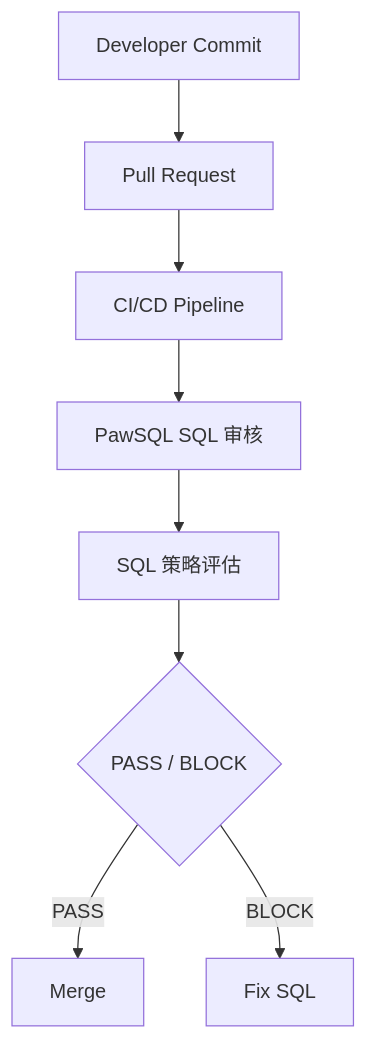
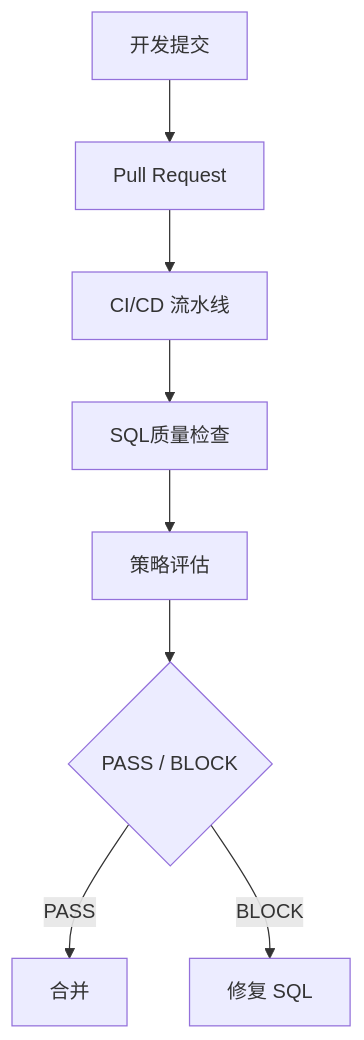
One commit to PawSQL/pawsql-docs-mantlify changed the first of 2 diagrams in docs/use-cases/sql-quality-gate-cicd.mdx. Above: the diagram before and after it, drawn with Mermaid. The commit also changed other lines of this file and 82 other files, not shown here.

````diff
--- a/docs/use-cases/sql-quality-gate-cicd.mdx
+++ b/docs/use-cases/sql-quality-gate-cicd.mdx
@@ -93,8 +45,8 @@
 ```mermaid
 flowchart TD
-    A[Developer Commit] --> B[Pull Request] --> C[CI/CD Pipeline]
-    C --> D[PawSQL SQL 审核] --> E[SQL 策略评估]
+    A[开发提交] --> B[Pull Request] --> C[CI/CD 流水线]
+    C --> D[SQL质量检查] --> E[策略评估]
     E --> F{PASS / BLOCK}
-    F -->|PASS| G[Merge]
-    F -->|BLOCK| H[Fix SQL]
+    F -->|PASS| G[合并]
+    F -->|BLOCK| H[修复 SQL]
 ```
````
